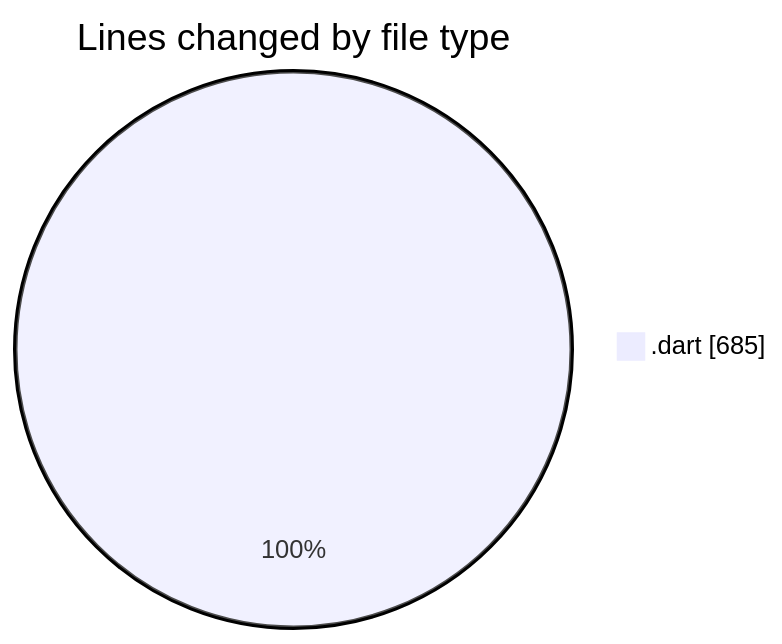
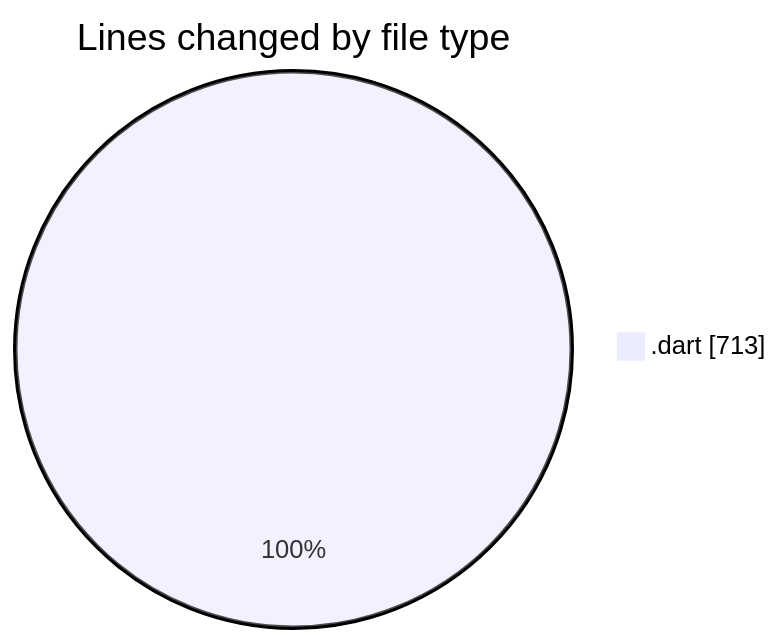
Before and after one commit to donsfak/code-tracking: the first of 2 diagrams in 2025-02-27/uber_clone/README.md, drawn with Mermaid. The commit also changed other lines of this file and 1 other file, not shown here.

````diff
--- a/2025-02-27/uber_clone/README.md
+++ b/2025-02-27/uber_clone/README.md
@@ -21,5 +21,5 @@
 ```mermaid
 pie showData
 title Lines changed by file type
-".dart" : 685
+".dart" : 713
 ```
````
